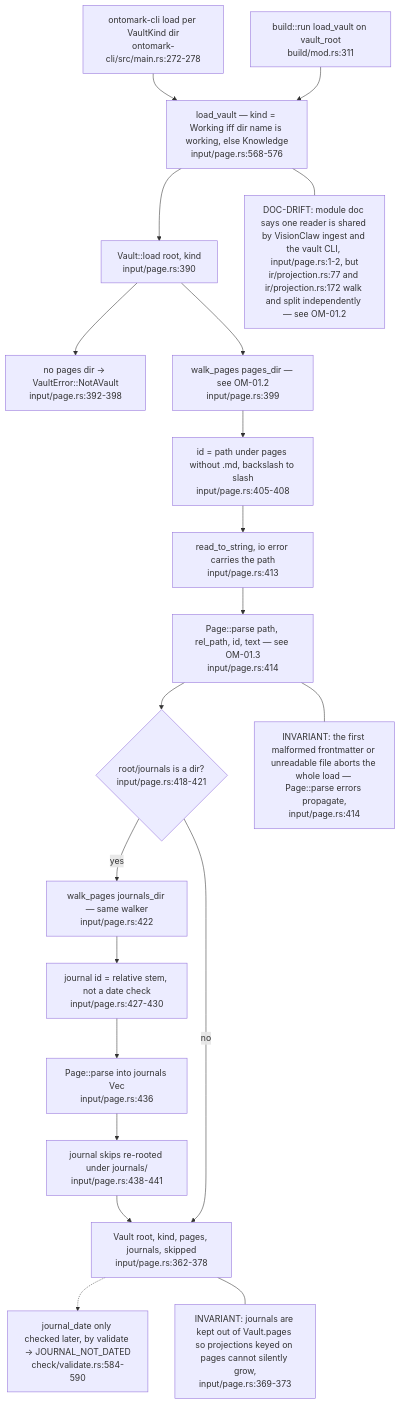
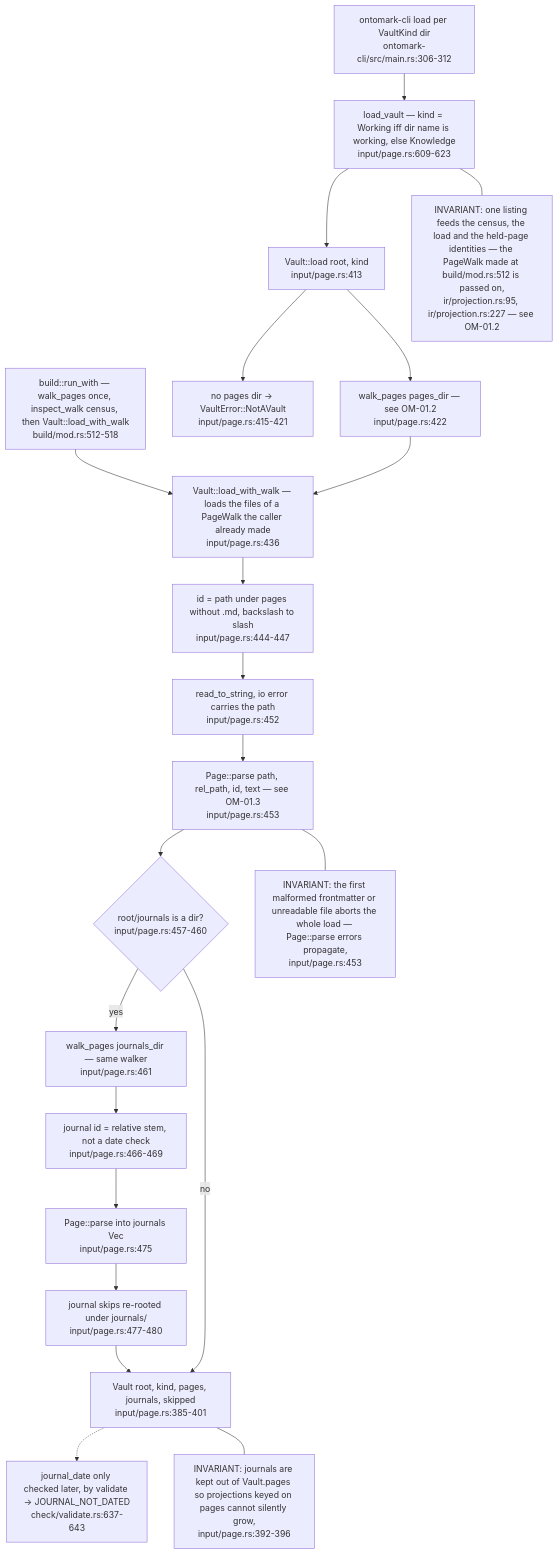
Before and after one commit to DreamLab-AI/VisionFlow: the first of 6 diagrams in docs/diagrams/ontomark/01-input-layer-vault-pages-and-gates.md, drawn with Mermaid. The commit also changed other lines of this file and 10 other files, not shown here.

First line of the commit message:
docs(diagrams): re-stamp the ontomark corpus at ee9e04a; OM-06 machine scope and ingest contract

````diff
--- a/docs/diagrams/ontomark/01-input-layer-vault-pages-and-gates.md
+++ b/docs/diagrams/ontomark/01-input-layer-vault-pages-and-gates.md
@@ -44,32 +44,33 @@
 ```mermaid
 flowchart TD
-    CLI["ontomark-cli load per VaultKind dir<br/>ontomark-cli/src/main.rs:272-278"]
-    BUILD["build::run load_vault on vault_root<br/>build/mod.rs:311"]
-    LV["load_vault — kind = Working iff dir name is working, else Knowledge<br/>input/page.rs:568-576"]
-    LOAD["Vault::load root, kind<br/>input/page.rs:390"]
-    NOPAGES["no pages dir → VaultError::NotAVault<br/>input/page.rs:392-398"]
-    WALK["walk_pages pages_dir — see OM-01.2<br/>input/page.rs:399"]
-    ID["id = path under pages without .md, backslash to slash<br/>input/page.rs:405-408"]
-    READ["read_to_string, io error carries the path<br/>input/page.rs:413"]
-    PARSE["Page::parse path, rel_path, id, text — see OM-01.3<br/>input/page.rs:414"]
-    JDIR{"root/journals is a dir?<br/>input/page.rs:418-421"}
-    JWALK["walk_pages journals_dir — same walker<br/>input/page.rs:422"]
-    JID["journal id = relative stem, not a date check<br/>input/page.rs:427-430"]
-    JPARSE["Page::parse into journals Vec<br/>input/page.rs:436"]
-    JSKIP["journal skips re-rooted under journals/<br/>input/page.rs:438-441"]
-    VAULT["Vault root, kind, pages, journals, skipped<br/>input/page.rs:362-378"]
-    JDATE["journal_date only checked later, by validate → JOURNAL_NOT_DATED<br/>check/validate.rs:584-590"]
+    CLI["ontomark-cli load per VaultKind dir<br/>ontomark-cli/src/main.rs:306-312"]
+    BUILD["build::run_with — walk_pages once, inspect_walk census, then Vault::load_with_walk<br/>build/mod.rs:512-518"]
+    LOADW["Vault::load_with_walk — loads the files of a PageWalk the caller already made<br/>input/page.rs:436"]
+    LV["load_vault — kind = Working iff dir name is working, else Knowledge<br/>input/page.rs:609-623"]
+    LOAD["Vault::load root, kind<br/>input/page.rs:413"]
+    NOPAGES["no pages dir → VaultError::NotAVault<br/>input/page.rs:415-421"]
+    WALK["walk_pages pages_dir — see OM-01.2<br/>input/page.rs:422"]
+    ID["id = path under pages without .md, backslash to slash<br/>input/page.rs:444-447"]
+    READ["read_to_string, io error carries the path<br/>input/page.rs:452"]
+    PARSE["Page::parse path, rel_path, id, text — see OM-01.3<br/>input/page.rs:453"]
+    JDIR{"root/journals is a dir?<br/>input/page.rs:457-460"}
+    JWALK["walk_pages journals_dir — same walker<br/>input/page.rs:461"]
+    JID["journal id = relative stem, not a date check<br/>input/page.rs:466-469"]
+    JPARSE["Page::parse into journals Vec<br/>input/page.rs:475"]
+    JSKIP["journal skips re-rooted under journals/<br/>input/page.rs:477-480"]
+    VAULT["Vault root, kind, pages, journals, skipped<br/>input/page.rs:385-401"]
+    JDATE["journal_date only checked later, by validate → JOURNAL_NOT_DATED<br/>check/validate.rs:637-643"]
     CLI --> LV
-    BUILD --> LV
+    BUILD --> LOADW
     LV --> LOAD --> NOPAGES
-    LOAD --> WALK --> ID --> READ --> PARSE --> JDIR
+    LOAD --> WALK --> LOADW --> ID --> READ --> PARSE --> JDIR
     JDIR -- yes --> JWALK --> JID --> JPARSE --> JSKIP --> VAULT
     JDIR -- no --> VAULT
     VAULT -.-> JDATE
-    note1["INVARIANT: journals are kept out of Vault.pages so projections keyed on pages cannot silently grow,<br/>input/page.rs:369-373"]
-    note2["INVARIANT: the first malformed frontmatter or unreadable file aborts the whole load — Page::parse errors propagate,<br/>input/page.rs:414"]
-    note3["DOC-DRIFT: module doc says one reader is shared by VisionClaw ingest and the vault CLI, input/page.rs:1-2, but<br/>ir/projection.rs:77 and ir/projection.rs:172 walk and split independently — see OM-01.2"]
+    note1["INVARIANT: journals are kept out of Vault.pages so projections keyed on pages cannot silently grow,<br/>input/page.rs:392-396"]
+    note2["INVARIANT: the first malformed frontmatter or unreadable file aborts the whole load — Page::parse errors propagate,<br/>input/page.rs:453"]
+    note3["INVARIANT: one listing feeds the census, the load and the held-page identities — the PageWalk made at build/mod.rs:512 is passed on,<br/>ir/projection.rs:95, ir/projection.rs:227 — see OM-01.2"]
     VAULT --- note1
     PARSE --- note2
     LV --- note3
 ```
````
